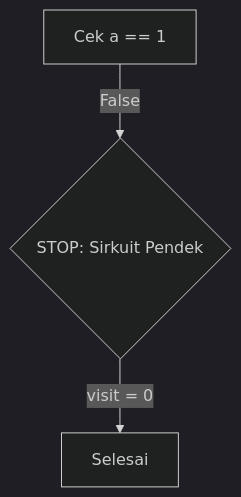
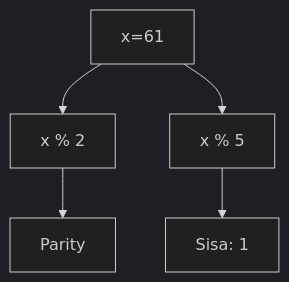
Before and after one commit to amnahwaida/OSNK_INF_PREP: diagram 15 of 25 in part-c-pemahaman-cpp/02-percabangan/latihan/set-11.md, drawn with Mermaid (dark theme). The commit also changed other lines of this file and 71 other files, not shown here.

````diff
--- a/part-c-pemahaman-cpp/02-percabangan/latihan/set-11.md
+++ b/part-c-pemahaman-cpp/02-percabangan/latihan/set-11.md
@@ -489,5 +443,7 @@
 ```mermaid
 graph TD
-    A[Cek a == 1] -->|"False"| B{"STOP: Sirkuit Pendek"}
-    B -->|"visit = 0"| C[Selesai]
+A[x=61] --> B[x % 2]
+B --> C[Parity]
+A --> D[x % 5]
+D --> E[Sisa: 1]
 ```
````
